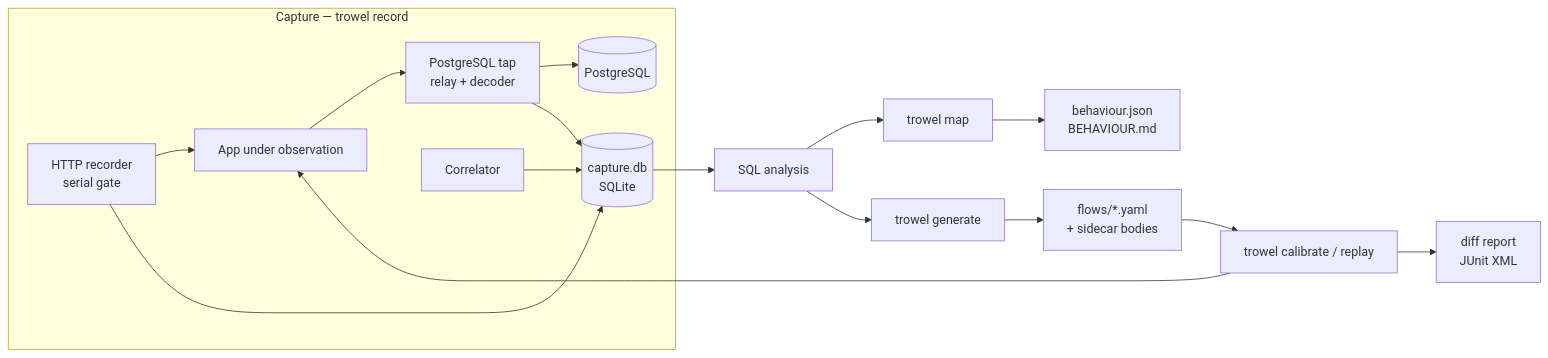
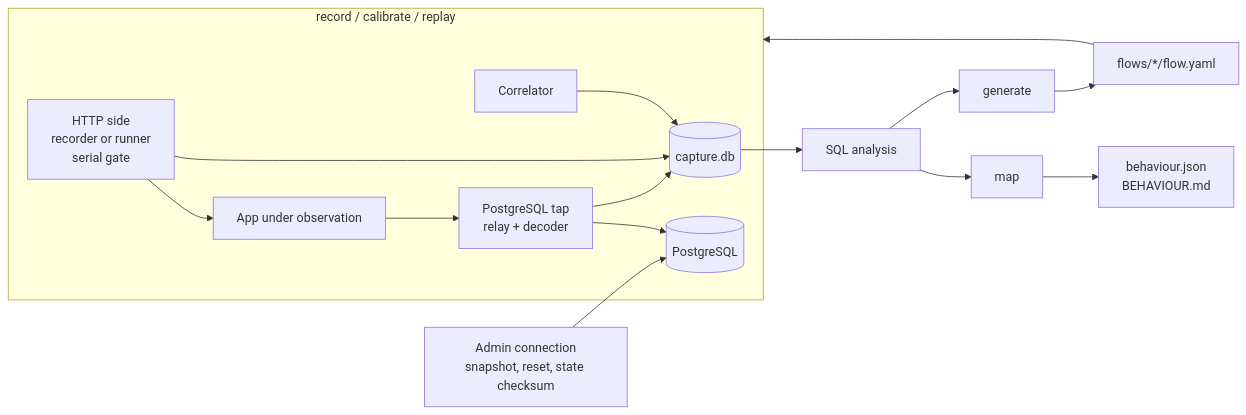
The diagram in docs/02-architecture.md (jankady/legacy-checker), drawn with Mermaid before and after one commit. The commit also changed other lines of this file and 6 other files, not shown here.

````diff
--- a/docs/02-architecture.md
+++ b/docs/02-architecture.md
@@ -12,19 +15,18 @@
 ```mermaid
 flowchart LR
-    subgraph capture [Capture — trowel record]
-        H[HTTP recorder<br/>serial gate] --> A[App under observation]
+    subgraph proxy [record / calibrate / replay]
+        H[HTTP side<br/>recorder or runner<br/>serial gate] --> A[App under observation]
         A --> T[PostgreSQL tap<br/>relay + decoder]
         T --> D[(PostgreSQL)]
-        H --> S[(capture.db<br/>SQLite)]
+        H --> S[(capture.db)]
         T --> S
         C[Correlator] --> S
     end
     S --> AN[SQL analysis]
-    AN --> M[trowel map]
-    AN --> G[trowel generate]
+    AN --> M[map]
+    AN --> G[generate]
     M --> BM[behaviour.json<br/>BEHAVIOUR.md]
-    G --> F[flows/*.yaml<br/>+ sidecar bodies]
-    F --> R[trowel calibrate / replay]
-    R --> A
-    R --> RP[diff report<br/>JUnit XML]
+    G --> F[flows/*/flow.yaml]
+    F --> proxy
+    ADM[Admin connection<br/>snapshot, reset, state checksum] --> D
 ```
````
